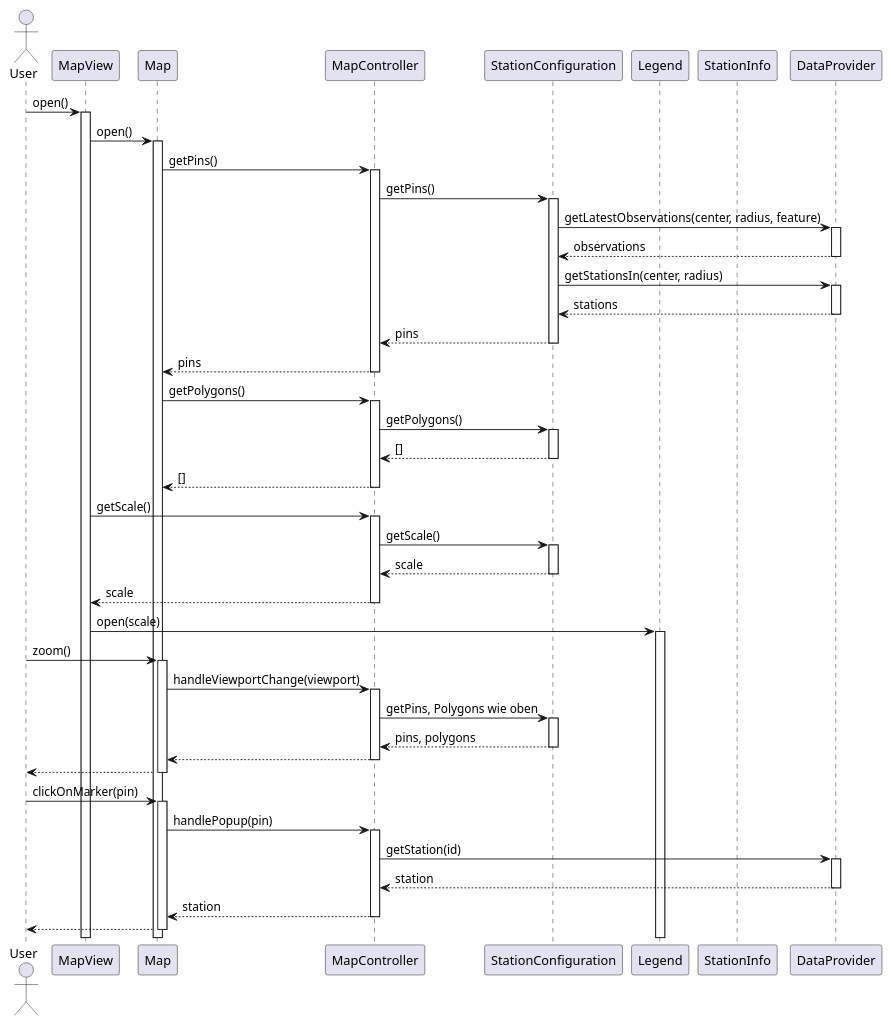
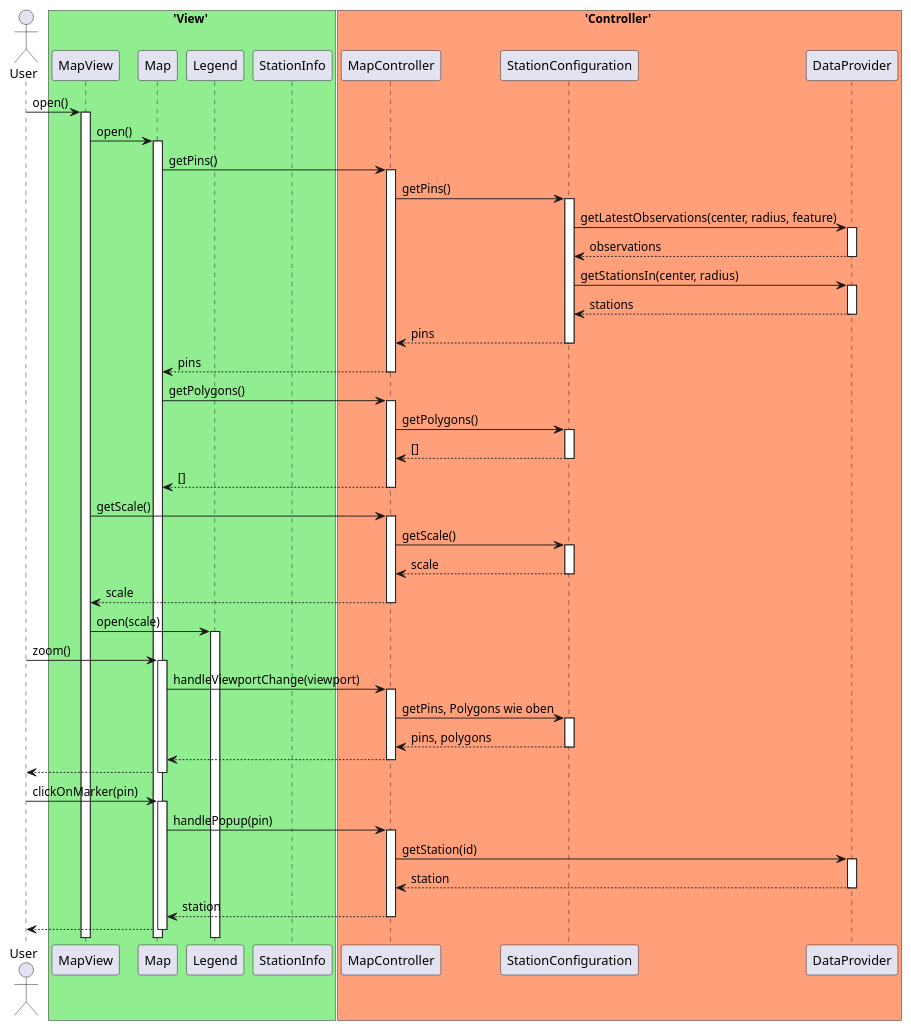
The diagram in Entwurf/PlantUML/MapPageTest.puml (JonaEnz/pse-airquality-1), drawn with PlantUML before and after one commit. The commit also changed 2 other files, not shown here.

Commit message:
Add color boxes to MapPageScenario Add class descriptions to Controller.tex

```diff
--- a/Entwurf/PlantUML/MapPageTest.puml
+++ b/Entwurf/PlantUML/MapPageTest.puml
@@ -1,47 +1,53 @@
 @startuml MapPageScenario
 
 actor User
+
+box 'View' #LightGreen
 participant MapView
 participant Map
+participant Legend 
+participant StationInfo
+end box
+
+box 'Controller' #LightSalmon
 participant MapController
 participant StationConfiguration
-participant Legend 
-participant StationInfo
+
 participant DataProvider
-
+end box
 User -> MapView ++ : open()
 MapView -> Map ++ : open()
 Map -> MapController ++ : getPins()
 MapController -> StationConfiguration ++ : getPins()
 StationConfiguration -> DataProvider ++ : getLatestObservations(center, radius, feature)
 return observations
 StationConfiguration -> DataProvider ++ : getStationsIn(center, radius)
 return stations
 return pins
 return pins
 Map -> MapController ++ : getPolygons()
 MapController -> StationConfiguration ++ : getPolygons()
 return []
 return []
 MapView -> MapController ++ : getScale()
 MapController -> StationConfiguration ++ : getScale()
 return scale
 return scale
 MapView -> Legend ++ : open(scale)
 
 'Nutzer zoomt'
 User -> Map ++ : zoom()
 Map -> MapController ++ : handleViewportChange(viewport)
 MapController -> StationConfiguration ++ : getPins, Polygons wie oben
 return pins, polygons
 return 
 return
 
 'Nutzer wählt Station'
 User -> Map ++ : clickOnMarker(pin)
 Map -> MapController ++ : handlePopup(pin)
 MapController -> DataProvider ++ : getStation(id)
 return station
 return station
 return
 @enduml
```
